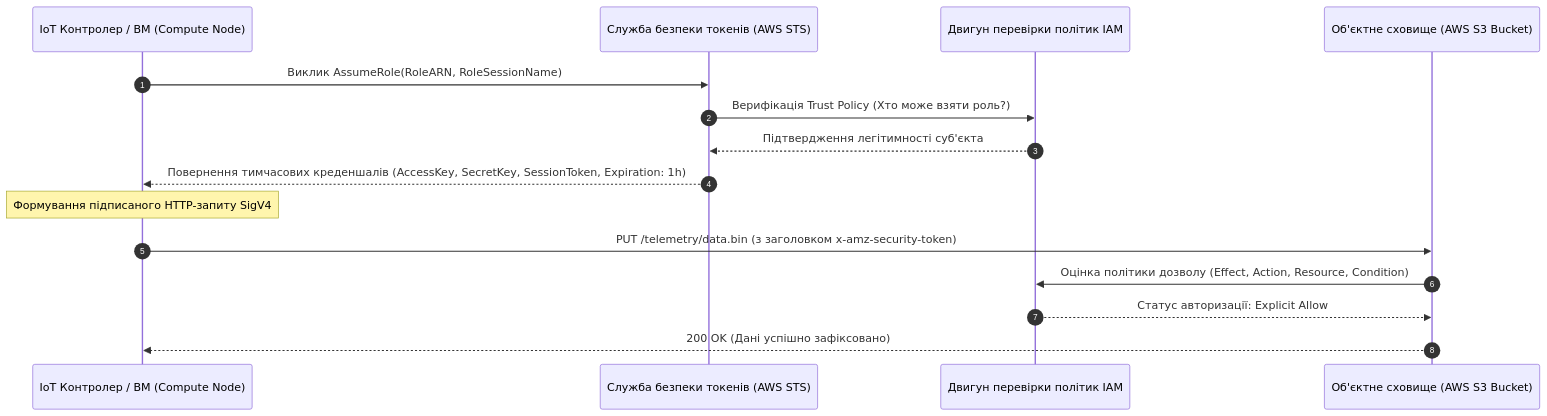
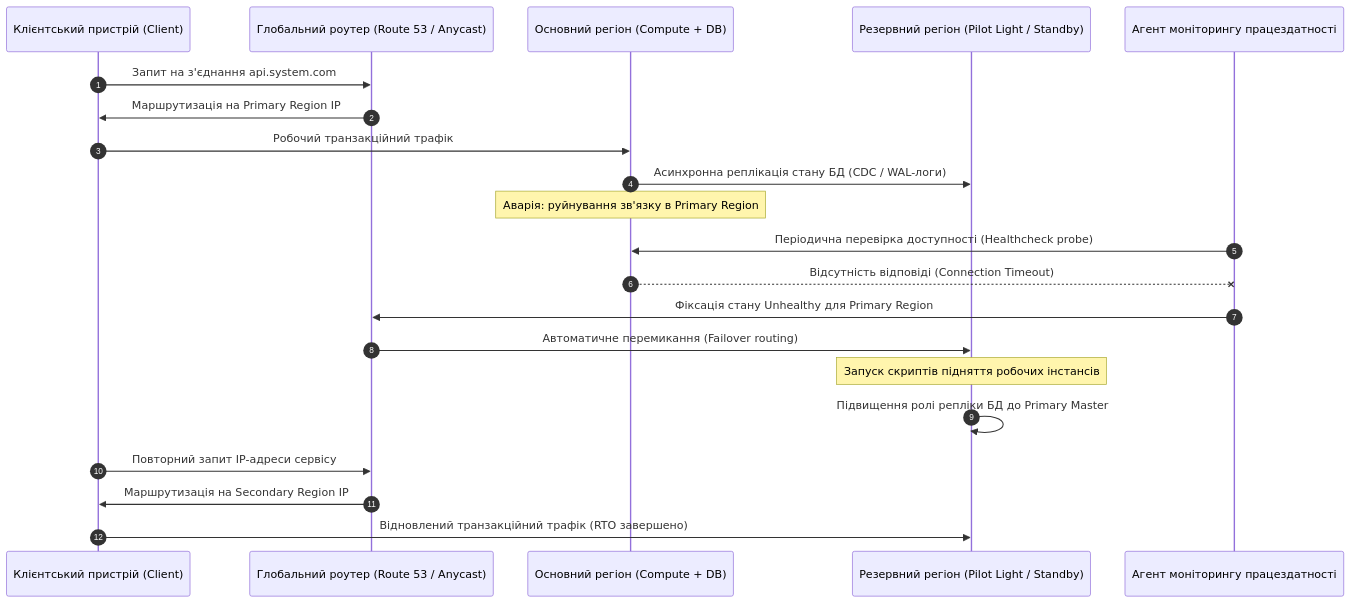
One commit to KyryloVadurin/cloud-technologies changed the fourth of 5 diagrams in docs/lk/lk7.md. Above: the diagram before and after it, drawn with Mermaid. The commit also changed other lines of this file, not shown here.

````diff
--- a/docs/lk/lk7.md
+++ b/docs/lk/lk7.md
@@ -61,19 +334,27 @@
 ```mermaid
 sequenceDiagram
     autonumber
-    participant Sensor as IoT Контролер / ВМ (Compute Node)
-    participant STS as Служба безпеки токенів (AWS STS)
-    participant IAM as Двигун перевірки політик IAM
-    participant S3 as Об'єктне сховище (AWS S3 Bucket)
+    participant Client as Клієнтський пристрій (Client)
+    participant DNS as Глобальний роутер (Route 53 / Anycast)
+    participant Primary as Основний регіон (Compute + DB)
+    participant Secondary as Резервний регіон (Pilot Light / Standby)
+    participant Health as Агент моніторингу працездатності
 
-    Sensor->>STS: Виклик AssumeRole(RoleARN, RoleSessionName)
-    STS->>IAM: Верифікація Trust Policy (Хто може взяти роль?)
-    IAM-->>STS: Підтвердження легітимності суб'єкта
-    STS-->>Sensor: Повернення тимчасових креденшалів (AccessKey, SecretKey, SessionToken, Expiration: 1h)
+    Client->>DNS: Запит на з'єднання api.system.com
+    DNS->>Client: Маршрутизація на Primary Region IP
+    Client->>Primary: Робочий транзакційний трафік
+    Primary->>Secondary: Асинхронна реплікація стану БД (CDC / WAL-логи)
     
-    Note over Sensor: Формування підписаного HTTP-запиту SigV4
-    Sensor->>S3: PUT /telemetry/data.bin (з заголовком x-amz-security-token)
-    S3->>IAM: Оцінка політики дозволу (Effect, Action, Resource, Condition)
-    IAM-->>S3: Статус авторизації: Explicit Allow
-    S3-->>Sensor: 200 OK (Дані успішно зафіксовано)
+    Note over Primary: Аварія: руйнування зв'язку в Primary Region
+    Health->>Primary: Періодична перевірка доступності (Healthcheck probe)
+    Primary--xHealth: Відсутність відповіді (Connection Timeout)
+    Health->>DNS: Фіксація стану Unhealthy для Primary Region
+    
+    DNS->>Secondary: Автоматичне перемикання (Failover routing)
+    Note over Secondary: Запуск скриптів підняття робочих інстансів
+    Secondary->>Secondary: Підвищення ролі репліки БД до Primary Master
+    
+    Client->>DNS: Повторний запит IP-адреси сервісу
+    DNS->>Client: Маршрутизація на Secondary Region IP
+    Client->>Secondary: Відновлений транзакційний трафік (RTO завершено)
 ```
````
